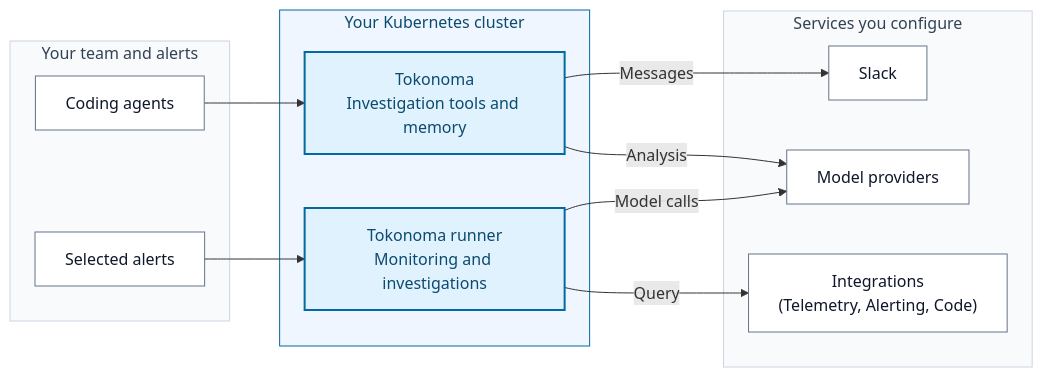
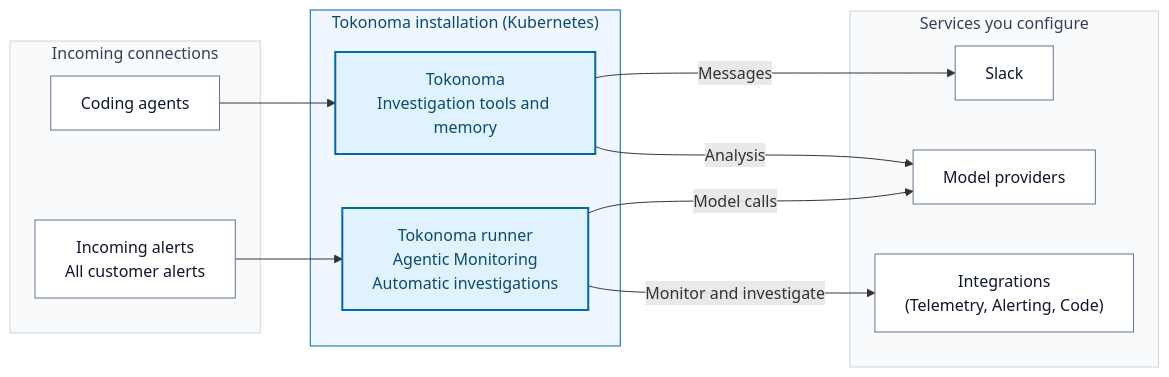
The diagram in README.md (tokonoma-ai/tokonoma-docs), drawn with Mermaid before and after one commit. The commit also changed other lines of this file and 11 other files, not shown here.

Commit message:
docs: align monitoring and full alert-stream installation (#3)

````diff
--- a/README.md
+++ b/README.md
@@ -7,32 +7,32 @@
 ```mermaid
 flowchart LR
   accTitle: Tokonoma in your environment
-  accDescr: Coding agents connect to Tokonoma, and selected alerts reach the required Tokonoma runner. Tokonoma and its runner run in your Kubernetes cluster. Tokonoma connects to Slack and its model provider for required analysis. The runner monitors configured telemetry and automatically investigates findings and alerts using its model provider and permitted integrations. Arrows show who opens each connection. This is a capability overview, not a map of internal services.
-  subgraph Inputs["Your team and alerts"]
+  accDescr: Coding agents connect to Tokonoma. All customer alerts from connected sources reach the required Tokonoma runner for automatic investigations. The runner also queries integrations for Agentic Monitoring independently of incoming alerts. Tokonoma runs on Kubernetes; monitored services can run elsewhere. Tokonoma connects to Slack and its model provider. The runner connects to model providers and permitted integrations. Arrows show who opens each external connection.
+  subgraph Inputs["Incoming connections"]
     Agents["Coding agents"]
-    Alerts["Selected alerts"]
+    Alerts["Incoming alerts<br/>All customer alerts"]
   end
-  subgraph Cluster["Your Kubernetes cluster"]
+  subgraph Cluster["Tokonoma installation (Kubernetes)"]
     Tokonoma["Tokonoma<br/>Investigation tools and memory"]
-    Runner["Tokonoma runner<br/>Monitoring and investigations"]
+    Runner["Tokonoma runner<br/>Agentic Monitoring<br/>Automatic investigations"]
   end
   subgraph Connections["Services you configure"]
     Slack["Slack"]
     Models["Model providers"]
     Tools["Integrations<br/>(Telemetry, Alerting, Code)"]
   end
   Agents --> Tokonoma
   Alerts --> Runner
   Tokonoma -->|"Messages"| Slack
   Tokonoma -->|"Analysis"| Models
   Runner -->|"Model calls"| Models
-  Runner -->|"Query"| Tools
+  Runner -->|"Monitor and investigate"| Tools
 
   classDef service fill:#e0f2fe,stroke:#0369a1,color:#0c4a6e,stroke-width:2px
   classDef external fill:#fff,stroke:#64748b,color:#0f172a
   class Tokonoma,Runner service
   class Agents,Alerts,Slack,Tools,Models external
   style Cluster fill:#eff6ff,stroke:#0369a1,color:#0c4a6e
   style Inputs fill:#f8fafc,stroke:#cbd5e1,color:#334155
   style Connections fill:#f8fafc,stroke:#cbd5e1,color:#334155
 ```
````
